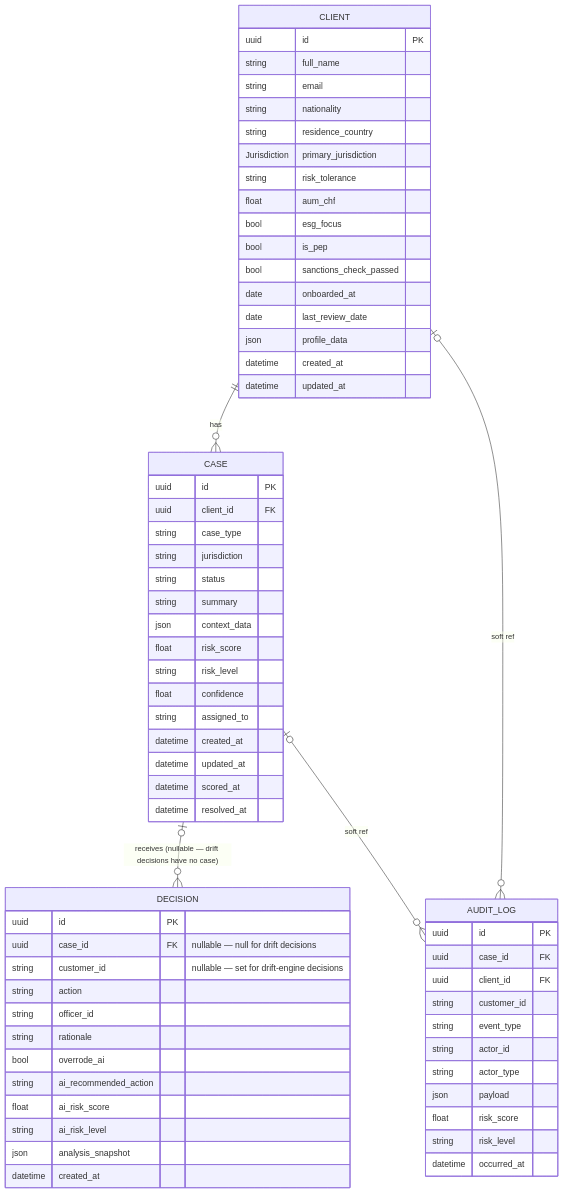
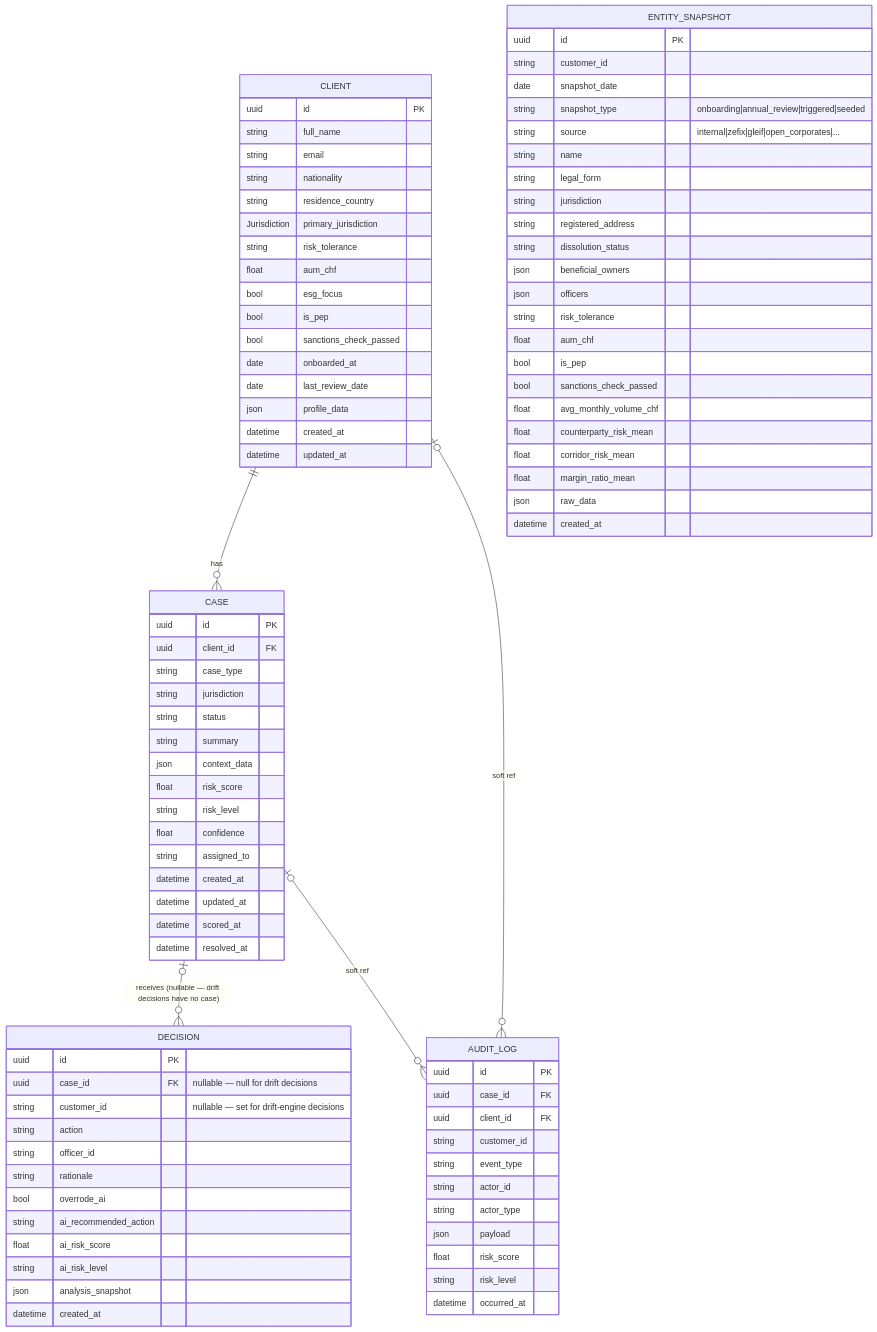
The first of 3 diagrams in docs/db-schema.md (SteveDok22/Swisshacks-2026), drawn with Mermaid before and after one commit. The commit also changed other lines of this file and 7 other files, not shown here.

Commit message:
feat(db): EntitySnapshot KYC baseline store/load — db/kyc_baseline.py (#12)

```diff
--- a/docs/db-schema.md
+++ b/docs/db-schema.md
@@ -70,6 +70,31 @@
         datetime occurred_at
     }
 
+    ENTITY_SNAPSHOT {
+        uuid id PK
+        string customer_id
+        date snapshot_date
+        string snapshot_type "onboarding|annual_review|triggered|seeded"
+        string source "internal|zefix|gleif|open_corporates|..."
+        string name
+        string legal_form
+        string jurisdiction
+        string registered_address
+        string dissolution_status
+        json beneficial_owners
+        json officers
+        string risk_tolerance
+        float aum_chf
+        bool is_pep
+        bool sanctions_check_passed
+        float avg_monthly_volume_chf
+        float counterparty_risk_mean
+        float corridor_risk_mean
+        float margin_ratio_mean
+        json raw_data
+        datetime created_at
+    }
+
     CLIENT ||--o{ CASE : "has"
     CASE |o--o{ DECISION : "receives (nullable — drift decisions have no case)"
     CASE |o--o{ AUDIT_LOG : "soft ref"
```
